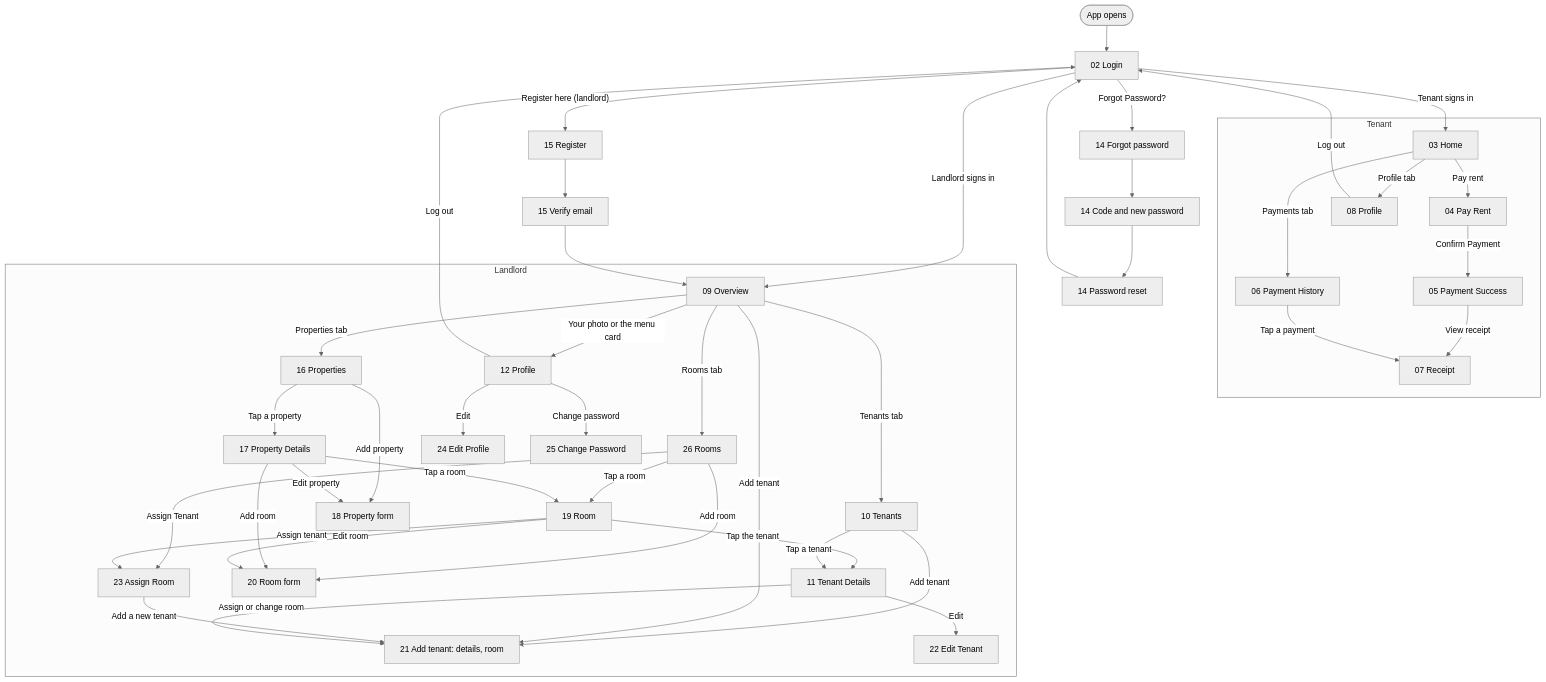
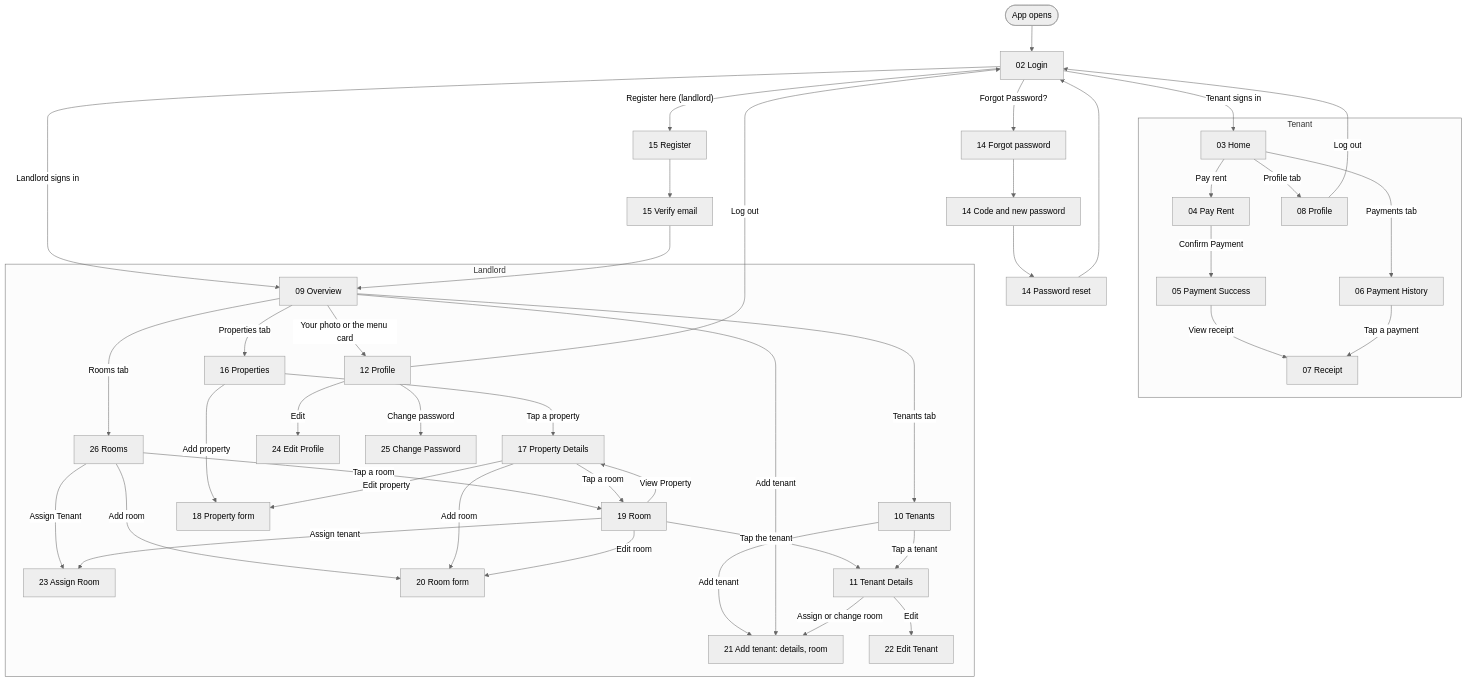
One commit to nil2022/rentwallet-app changed the diagram in README.md. Above: the diagram before and after it, drawn with Mermaid (neutral theme). The commit also changed other lines of this file and 5 other files, not shown here.

````diff
--- a/README.md
+++ b/README.md
@@ -108,48 +108,48 @@
 ```mermaid
 flowchart TD
     S(["App opens"]) --> L["02 Login"]
     L -->|"Forgot Password?"| F1["14 Forgot password"]
     F1 --> F2["14 Code and new password"] --> F3["14 Password reset"] --> L
     L -->|"Register here (landlord)"| R1["15 Register"] --> R2["15 Verify email"]
     L -->|"Tenant signs in"| TH
     L -->|"Landlord signs in"| LO
     R2 --> LO
 
     subgraph Tenant
         TH["03 Home"] -->|"Pay rent"| PR["04 Pay Rent"]
         PR -->|"Confirm Payment"| PS["05 Payment Success"]
         PS -->|"View receipt"| RC["07 Receipt"]
         TH -->|"Payments tab"| PH["06 Payment History"]
         PH -->|"Tap a payment"| RC
         TH -->|"Profile tab"| TP["08 Profile"]
     end
 
     subgraph Landlord
         LO["09 Overview"] -->|"Properties tab"| PL["16 Properties"]
         LO -->|"Tenants tab"| TS["10 Tenants"]
         LO -->|"Rooms tab"| RM["26 Rooms"]
         LO -->|"Your photo or the menu card"| LP["12 Profile"]
         RM -->|"Tap a room"| RD
         RM -->|"Assign Tenant"| AR
         RM -->|"Add room"| RF
         PL -->|"Tap a property"| PD["17 Property Details"]
         PL -->|"Add property"| PF["18 Property form"]
         PD -->|"Edit property"| PF
         PD -->|"Add room"| RF["20 Room form"]
         PD -->|"Tap a room"| RD["19 Room"]
         RD -->|"Edit room"| RF
         RD -->|"Assign tenant"| AR["23 Assign Room"]
         RD -->|"Tap the tenant"| TD["11 Tenant Details"]
+        RD -->|"View Property"| PD
         TS -->|"Tap a tenant"| TD
         TS -->|"Add tenant"| AT["21 Add tenant: details, room"]
         LO -->|"Add tenant"| AT
-        AR -->|"Add a new tenant"| AT
         TD -->|"Edit"| TF["22 Edit Tenant"]
         TD -->|"Assign or change room"| AT
         LP -->|"Edit"| EP["24 Edit Profile"]
         LP -->|"Change password"| CP["25 Change Password"]
     end
 
     TP -->|"Log out"| L
     LP -->|"Log out"| L
 ```
````
